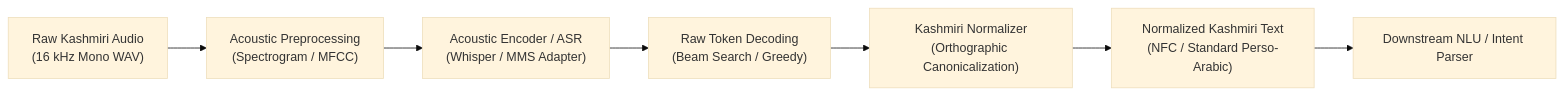
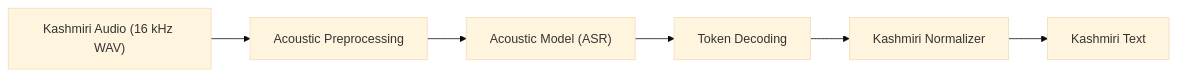
Before and after one commit to AseefBandey/kashmiri-voice-assistant: the diagram in README.md, drawn with Mermaid (base theme). The commit also changed other lines of this file and 12 other files, not shown here.

````diff
--- a/README.md
+++ b/README.md
@@ -38,9 +19,8 @@
 ```mermaid
 flowchart LR
-    A["Raw Kashmiri Audio<br/>(16 kHz Mono WAV)"] --> B["Acoustic Preprocessing<br/>(Spectrogram / MFCC)"]
-    B --> C["Acoustic Encoder / ASR<br/>(Whisper / MMS Adapter)"]
-    C --> D["Raw Token Decoding<br/>(Beam Search / Greedy)"]
-    D --> E["Kashmiri Normalizer<br/>(Orthographic Canonicalization)"]
-    E --> F["Normalized Kashmiri Text<br/>(NFC / Standard Perso-Arabic)"]
-    F --> G["Downstream NLU / Intent Parser"]
+    A["Kashmiri Audio (16 kHz WAV)"] --> B["Acoustic Preprocessing"]
+    B --> C["Acoustic Model (ASR)"]
+    C --> D["Token Decoding"]
+    D --> E["Kashmiri Normalizer"]
+    E --> F["Kashmiri Text"]
 ```
````
